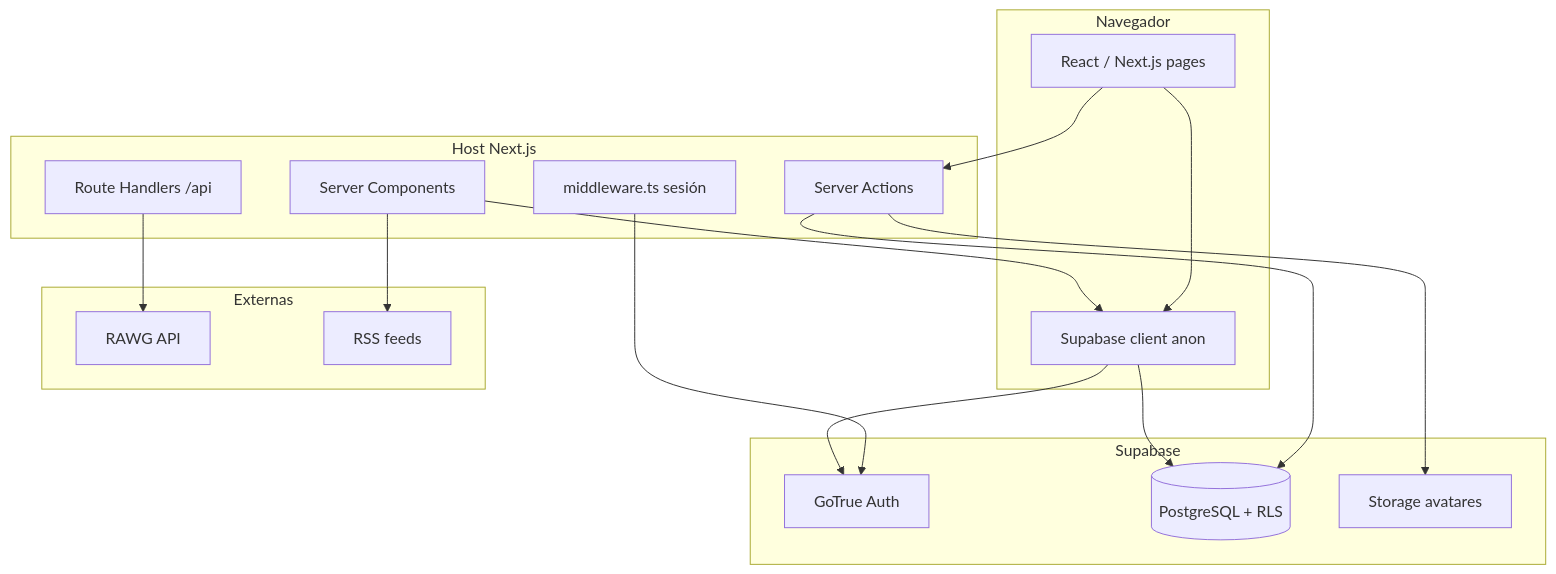
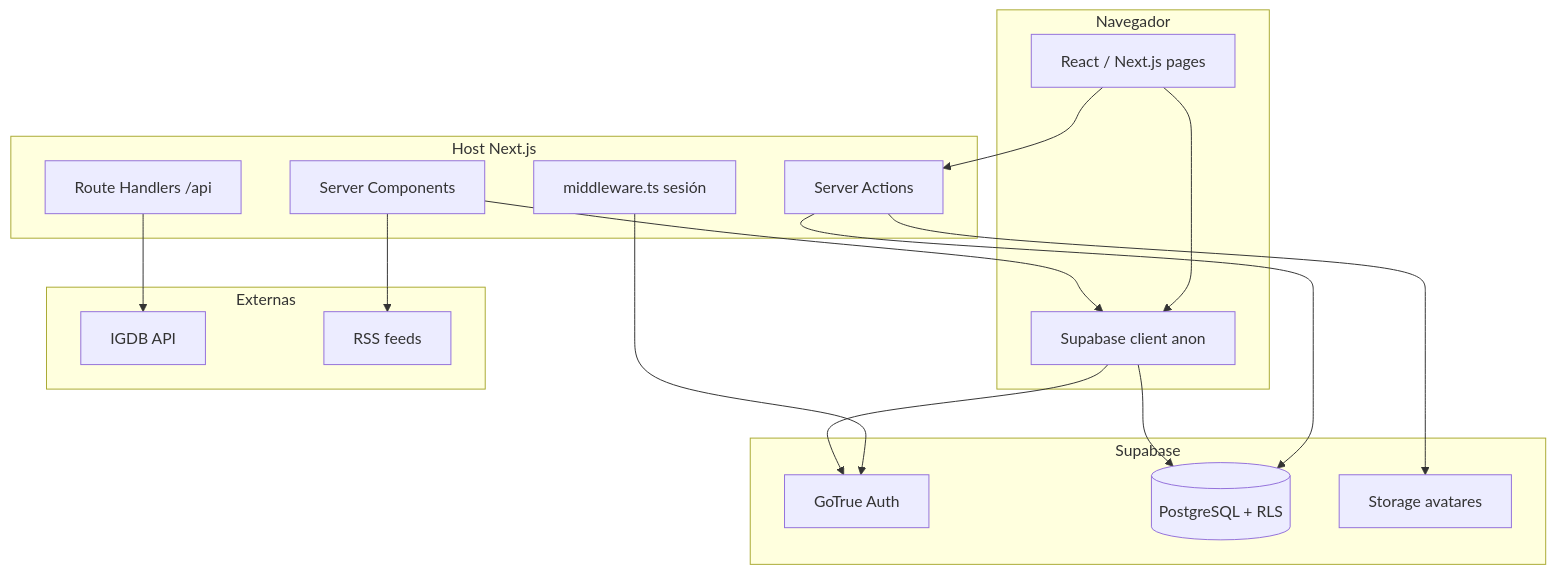
The diagram in README.md (diegoesr/Checkpoint), drawn with Mermaid before and after one commit. The commit also changed other lines of this file and 67 other files, not shown here.

First line of the commit message:
feat: migrar catálogo de RAWG a IGDB y añadir skeleton loaders

````diff
--- a/README.md
+++ b/README.md
@@ -94,36 +94,36 @@
 ```mermaid
 flowchart TB
   subgraph client [Navegador]
     ReactUI[React / Next.js pages]
     SupaClient[Supabase client anon]
   end
 
   subgraph vercel [Host Next.js]
     Middleware[middleware.ts sesión]
     RSC[Server Components]
     SA[Server Actions]
     API[Route Handlers /api]
   end
 
   subgraph supa [Supabase]
     Auth[GoTrue Auth]
     PG[(PostgreSQL + RLS)]
     Storage[Storage avatares]
   end
 
   subgraph external [Externas]
-    RAWG[RAWG API]
+    IGDB[IGDB API]
     RSS[RSS feeds]
   end
 
   ReactUI --> SupaClient
   ReactUI --> SA
   RSC --> SupaClient
   Middleware --> Auth
   SA --> PG
   SA --> Storage
-  API --> RAWG
+  API --> IGDB
   RSC --> RSS
   SupaClient --> Auth
   SupaClient --> PG
 ```
````
